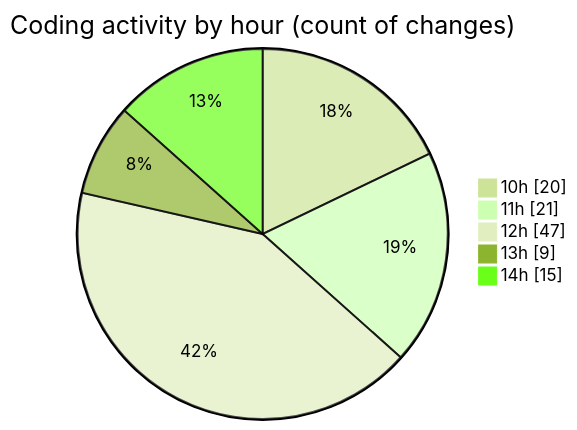
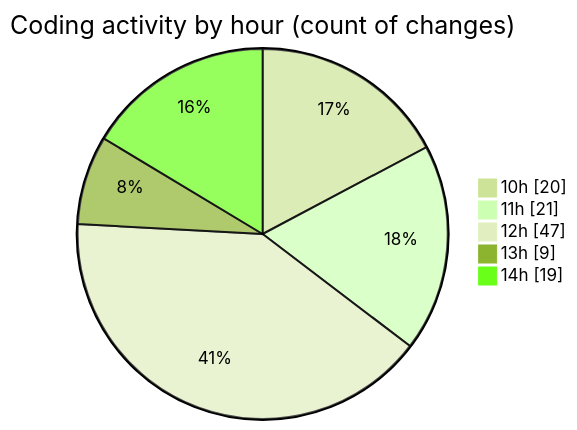
Before and after one commit to momahboobian/code-tracking: the second of 2 diagrams in 2025-05-20/cda/README.md, drawn with Mermaid (forest theme). The commit also changed other lines of this file and 1 other file, not shown here.

````diff
--- a/2025-05-20/cda/README.md
+++ b/2025-05-20/cda/README.md
@@ -47,9 +49,9 @@
 ```mermaid
 pie showData
 title Coding activity by hour (count of changes)
 "10h" : 20
 "11h" : 21
 "12h" : 47
 "13h" : 9
-"14h" : 15
+"14h" : 19
 ```
````
